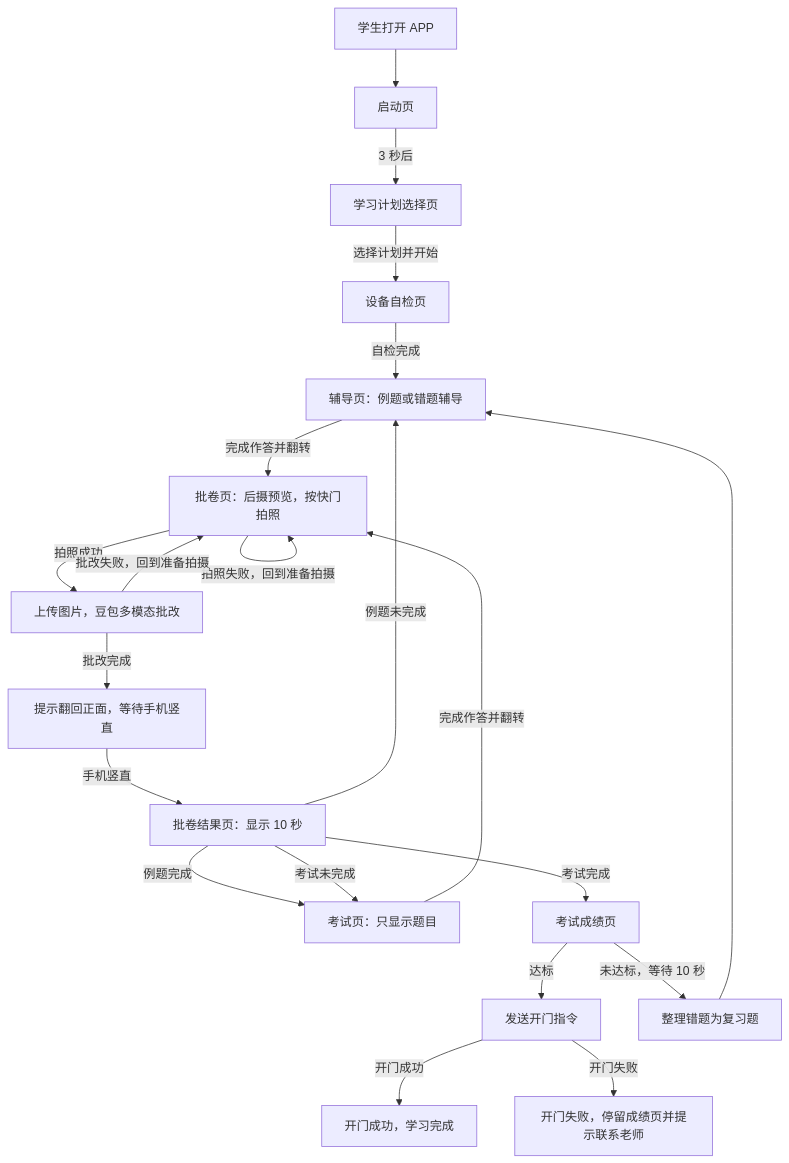
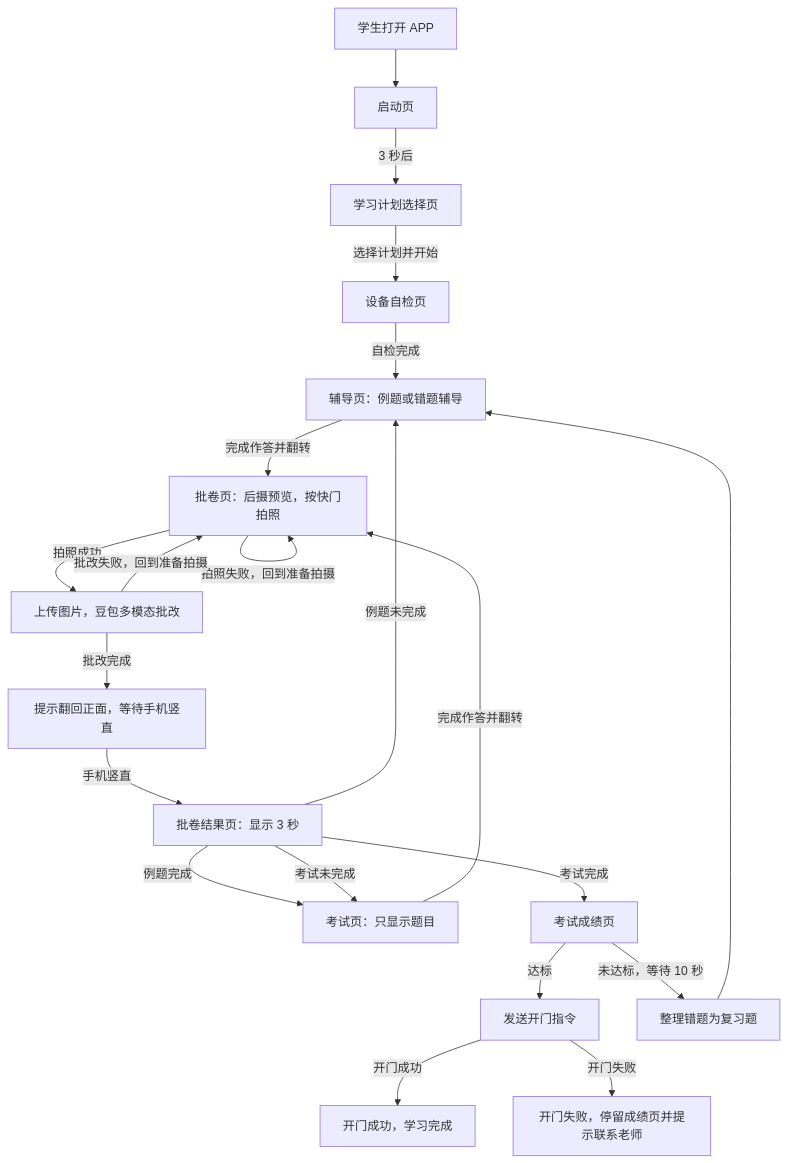
The diagram in docs/01-usage-flow.md (xiaoyangjun24450/focus-bod-app), drawn with Mermaid before and after one commit. The commit also changed other lines of this file and 4 other files, not shown here.

````diff
--- a/docs/01-usage-flow.md
+++ b/docs/01-usage-flow.md
@@ -8,44 +8,44 @@
 ```mermaid
 graph TD
     app_open["学生打开 APP"]
     start_page["启动页"]
     plan_page["学习计划选择页"]
     self_check_page["设备自检页"]
 
     tutoring_page["辅导页：例题或错题辅导"]
     exam_page["考试页：只显示题目"]
     grading_prepare["批卷页：后摄预览，按快门拍照"]
     grading_ai["上传图片，豆包多模态批改"]
     wait_upright["提示翻回正面，等待手机竖直"]
-    result_page["批卷结果页：显示 10 秒"]
+    result_page["批卷结果页：显示 3 秒"]
 
     score_page["考试成绩页"]
     door_open["发送开门指令"]
     door_opened["开门成功，学习完成"]
     door_failed["开门失败，停留成绩页并提示联系老师"]
     mistake_review["整理错题为复习题"]
 
     app_open --> start_page
     start_page -->|3 秒后| plan_page
     plan_page -->|选择计划并开始| self_check_page
     self_check_page -->|自检完成| tutoring_page
 
     tutoring_page -->|完成作答并翻转| grading_prepare
     exam_page -->|完成作答并翻转| grading_prepare
     grading_prepare -->|拍照成功| grading_ai
     grading_prepare -->|拍照失败，回到准备拍摄| grading_prepare
     grading_ai -->|批改失败，回到准备拍摄| grading_prepare
     grading_ai -->|批改完成| wait_upright
     wait_upright -->|手机竖直| result_page
 
     result_page -->|例题未完成| tutoring_page
     result_page -->|例题完成| exam_page
     result_page -->|考试未完成| exam_page
     result_page -->|考试完成| score_page
 
     score_page -->|达标| door_open
     door_open -->|开门成功| door_opened
     door_open -->|开门失败| door_failed
     score_page -->|未达标，等待 10 秒| mistake_review
     mistake_review --> tutoring_page
 ```
````
